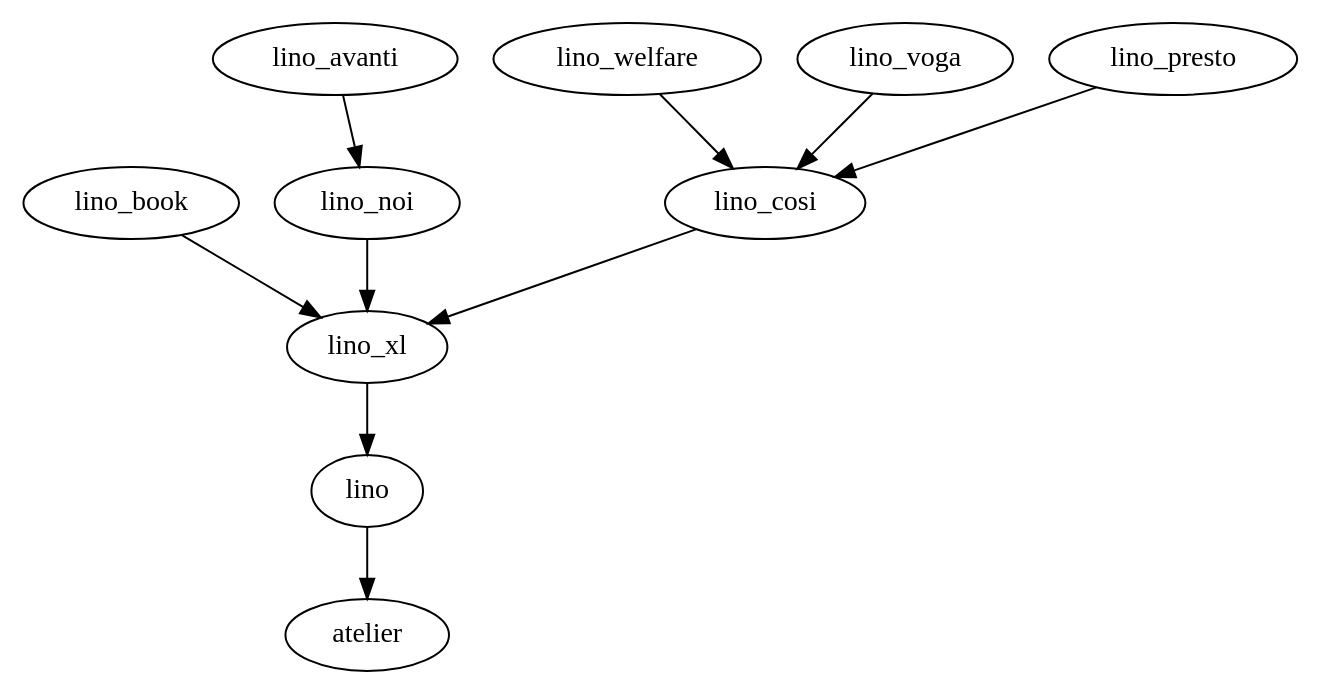
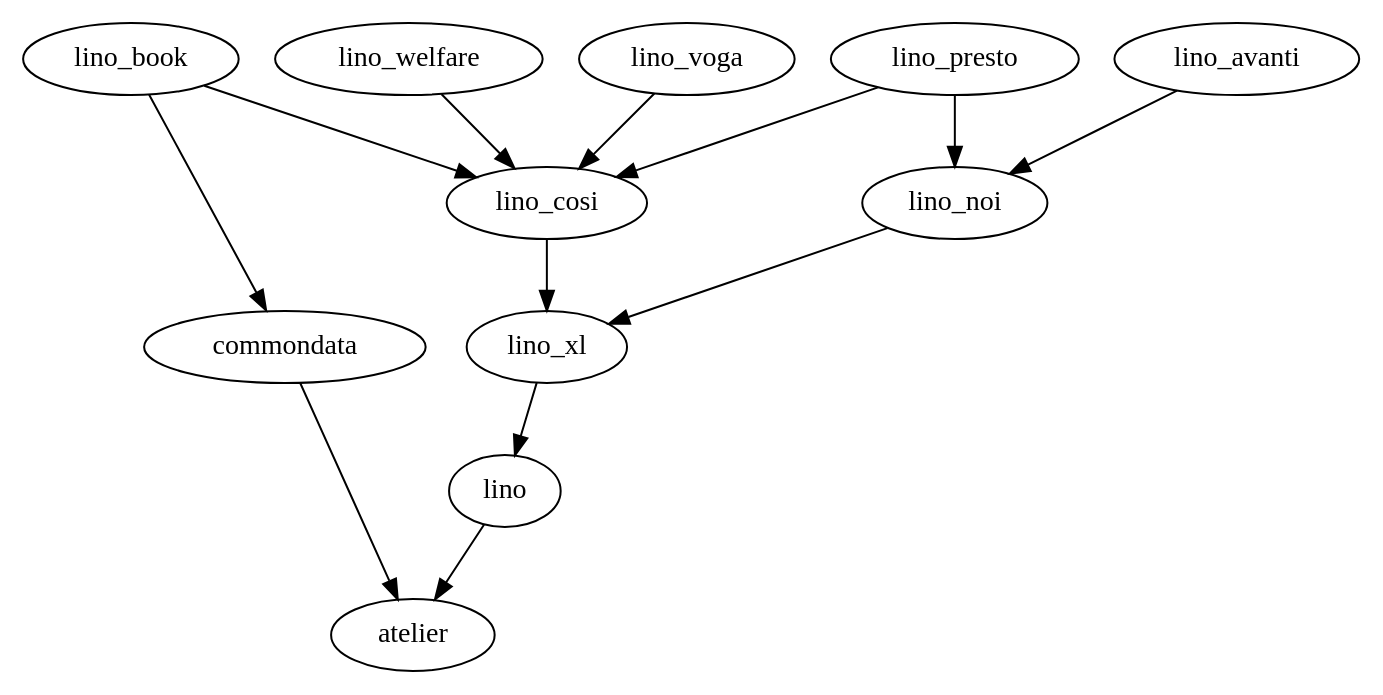
Before and after one commit to lino-framework/book: the diagram in docs/dev/overview.rst, drawn with Graphviz. The commit also changed other lines of this file and 2 other files, not shown here.

Commit message:
http://luc.lino-framework.org/blog/2017/0123.html

```diff
--- a/docs/dev/overview.rst
+++ b/docs/dev/overview.rst
@@ -6,14 +39,18 @@
 .. graphviz::
 
    digraph foo {
+   
+    commondata -> atelier
     lino -> atelier;
-      lino_xl -> lino;
-        lino_book -> lino_xl; 
-      lino_noi -> lino_xl; 
-      lino_cosi -> lino_xl; 
-        lino_welfare -> lino_cosi;
-        lino_voga -> lino_cosi;
-        lino_presto -> lino_cosi;
-      lino_avanti -> lino_noi;
+    lino_xl -> lino;
+    lino_book -> lino_cosi; 
+    lino_book -> commondata; 
+    lino_noi -> lino_xl; 
+    lino_cosi -> lino_xl; 
+    lino_welfare -> lino_cosi;
+    lino_voga -> lino_cosi;
+    lino_presto -> lino_cosi;
+    lino_presto -> lino_noi;
+    lino_avanti -> lino_noi;
 
-  }   
+   }
```
